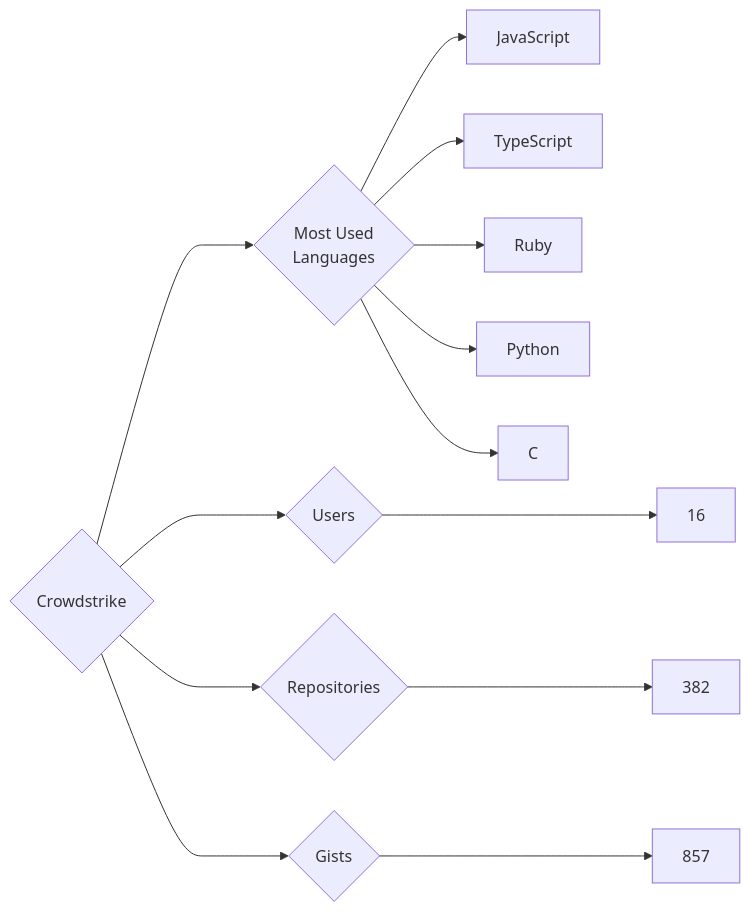
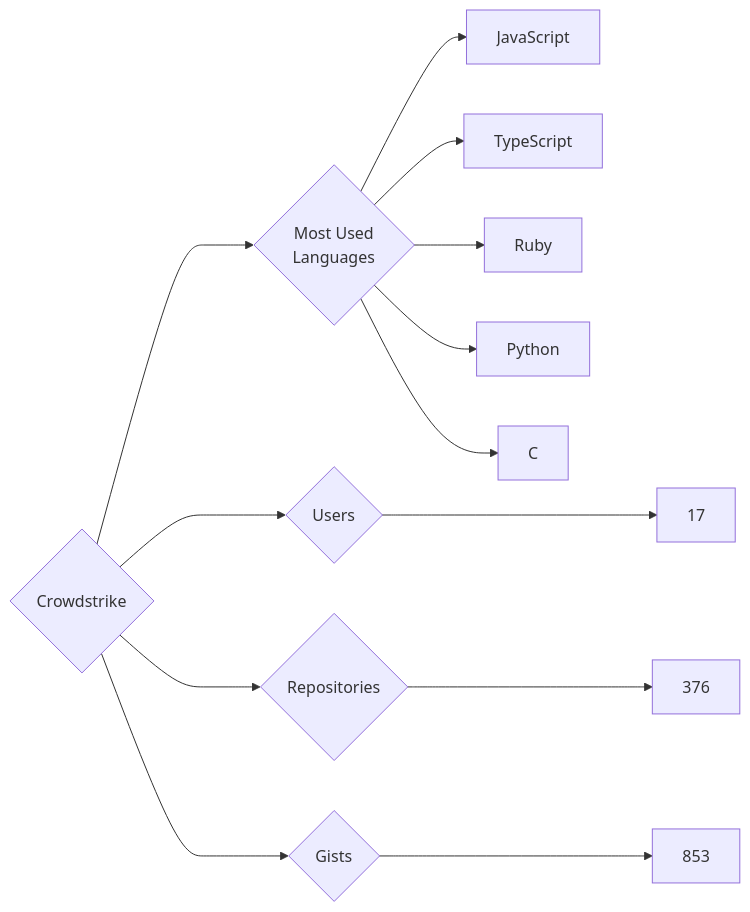
The diagram in targets/Crowdstrike/README.md (trickest/insiders), drawn with Mermaid before and after one commit. The commit also changed 998 other files, not shown here.

````diff
--- a/targets/Crowdstrike/README.md
+++ b/targets/Crowdstrike/README.md
@@ -3,13 +3,13 @@
 ```mermaid
 graph LR
 COMPANY_NAME{Crowdstrike}
-COMPANY_NAME ---> U{Users} ---> UN[16]
-COMPANY_NAME ---> R{Repositories} ---> RN[382]
-COMPANY_NAME ---> G{Gists} ---> GN[857]
+COMPANY_NAME ---> U{Users} ---> UN[17]
+COMPANY_NAME ---> R{Repositories} ---> RN[376]
+COMPANY_NAME ---> G{Gists} ---> GN[853]
 COMPANY_NAME ---> ML{Most Used<br>Languages}
 ML --> JavaScript[JavaScript]
 ML --> TypeScript[TypeScript]
 ML --> Ruby[Ruby]
 ML --> Python[Python]
 ML --> C[C]
 ```
````
